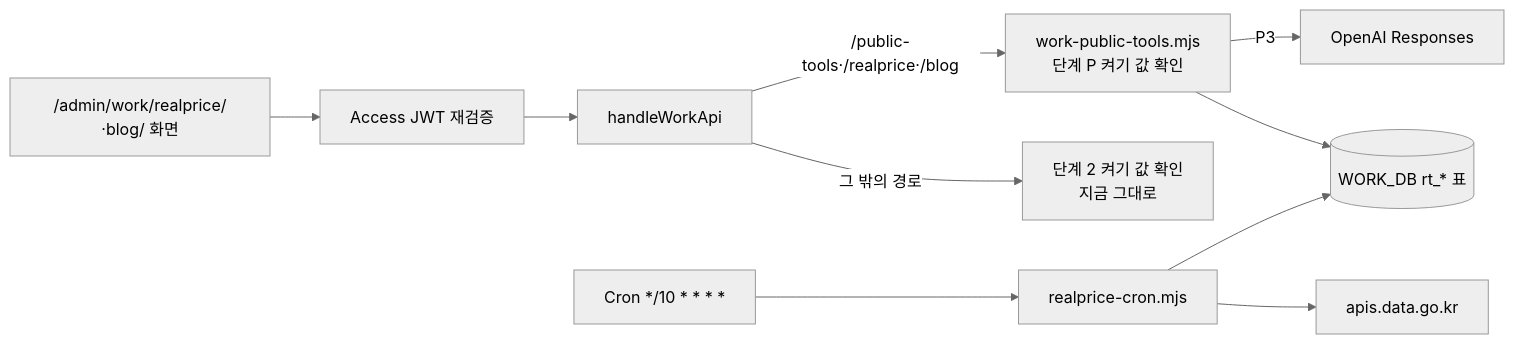
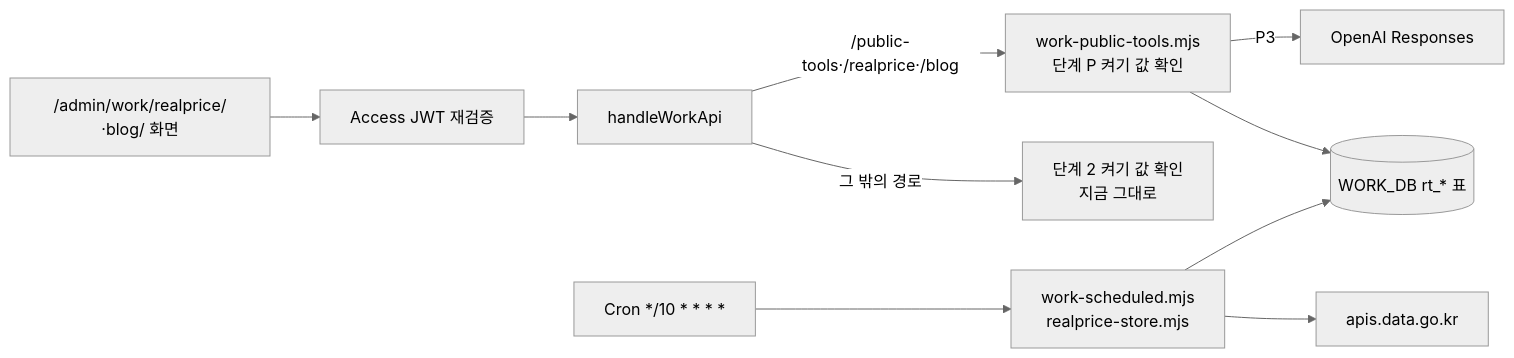
One commit to myoungsuk/real-estate-website changed the third of 3 diagrams in docs/work-tools/리더스시티 행복한부동산 중개업무 도구 설계서.md. Above: the diagram before and after it, drawn with Mermaid (neutral theme). The commit also changed other lines of this file and 24 other files, not shown here.

````diff
--- a/docs/work-tools/리더스시티 행복한부동산 중개업무 도구 설계서.md
+++ b/docs/work-tools/리더스시티 행복한부동산 중개업무 도구 설계서.md
@@ -2029,11 +2029,11 @@
 ```mermaid
 flowchart LR
   UI["/admin/work/realprice/·blog/ 화면"] --> Access[Access JWT 재검증]
   Access --> WorkAPI[handleWorkApi]
   WorkAPI -->|/public-tools·/realprice·/blog| StageP[work-public-tools.mjs<br/>단계 P 켜기 값 확인]
   WorkAPI -->|그 밖의 경로| Stage2[단계 2 켜기 값 확인<br/>지금 그대로]
-  Cron["Cron */10 * * * *"] --> Fetch[realprice-cron.mjs] --> GOV[apis.data.go.kr]
+  Cron["Cron */10 * * * *"] --> Fetch[work-scheduled.mjs<br/>realprice-store.mjs] --> GOV[apis.data.go.kr]
   Fetch --> D1[(WORK_DB rt_* 표)]
   StageP --> D1
   StageP -->|P3| OpenAI[OpenAI Responses]
 ```
````
